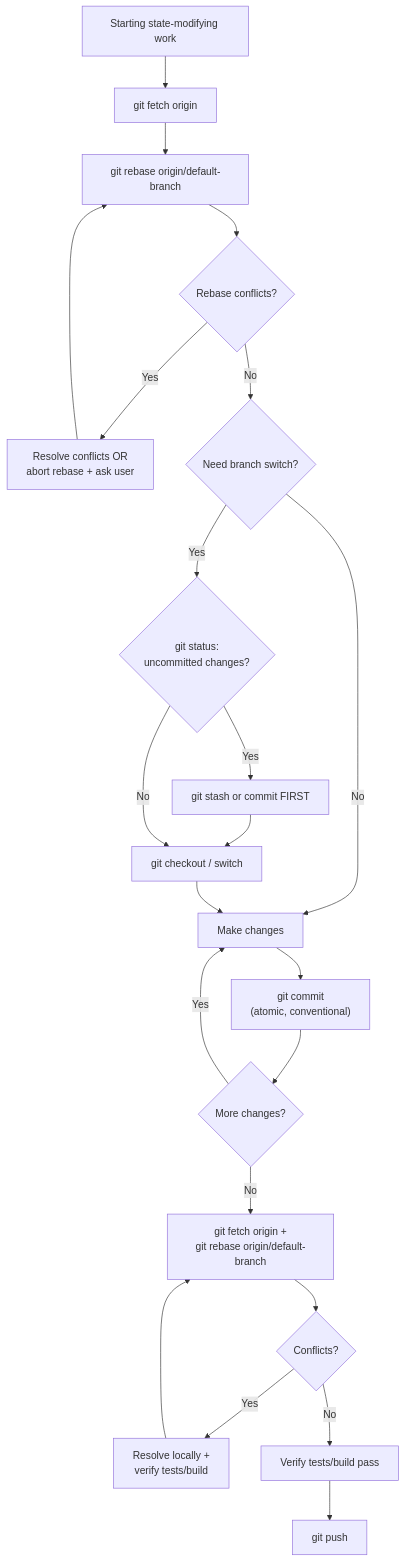
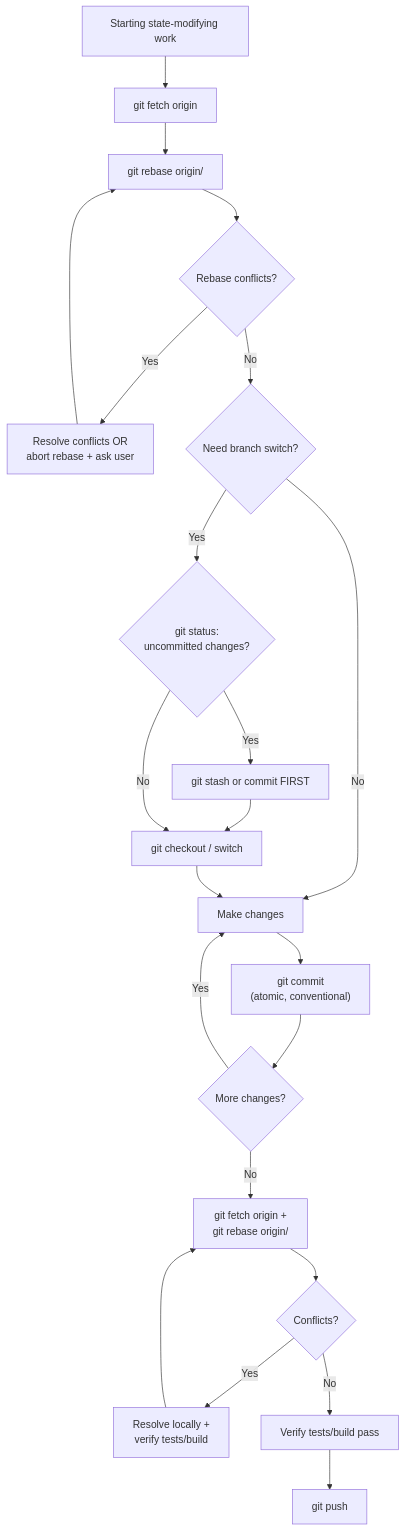
One commit to loerei/myskills changed the ninth of 9 diagrams in AGENTS.md. Above: the diagram before and after it, drawn with Mermaid. The commit also changed 4 other files, not shown here.

````diff
--- a/AGENTS.md
+++ b/AGENTS.md
@@ -207,24 +207,24 @@
 ```mermaid
 flowchart TD
     Start["Starting state-modifying work"] --> Fetch["git fetch origin"]
-    Fetch --> Rebase["git rebase origin/default-branch"]
+    Fetch --> Rebase["git rebase origin/<default-branch>"]
     Rebase --> RebaseConflict{"Rebase conflicts?"}
     RebaseConflict -->|"Yes"| ResolveEarly["Resolve conflicts OR<br/>abort rebase + ask user"]
     ResolveEarly --> Rebase
     RebaseConflict -->|"No"| BranchSwitch{"Need branch switch?"}
     BranchSwitch -->|"Yes"| DirtyCheck{"git status:<br/>uncommitted changes?"}
     DirtyCheck -->|"Yes"| Stash["git stash or commit FIRST"]
     Stash --> Switch["git checkout / switch"]
     DirtyCheck -->|"No"| Switch
     BranchSwitch -->|"No"| Work["Make changes"]
     Switch --> Work
     Work --> Commit["git commit<br/>(atomic, conventional)"]
     Commit --> More{"More changes?"}
     More -->|"Yes"| Work
-    More -->|"No"| PrePush["git fetch origin +<br/>git rebase origin/default-branch"]
+    More -->|"No"| PrePush["git fetch origin +<br/>git rebase origin/<default-branch>"]
     PrePush --> PushConflict{"Conflicts?"}
     PushConflict -->|"Yes"| ResolvePush["Resolve locally +<br/>verify tests/build"]
     ResolvePush --> PrePush
     PushConflict -->|"No"| Verify["Verify tests/build pass"]
     Verify --> Push["git push"]
 ```
````
